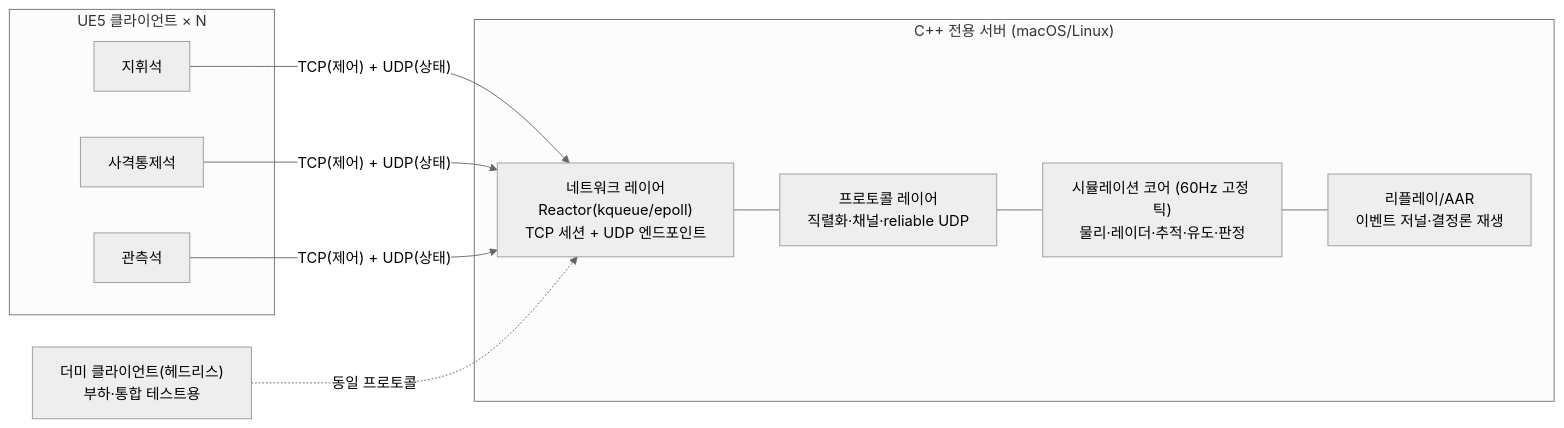
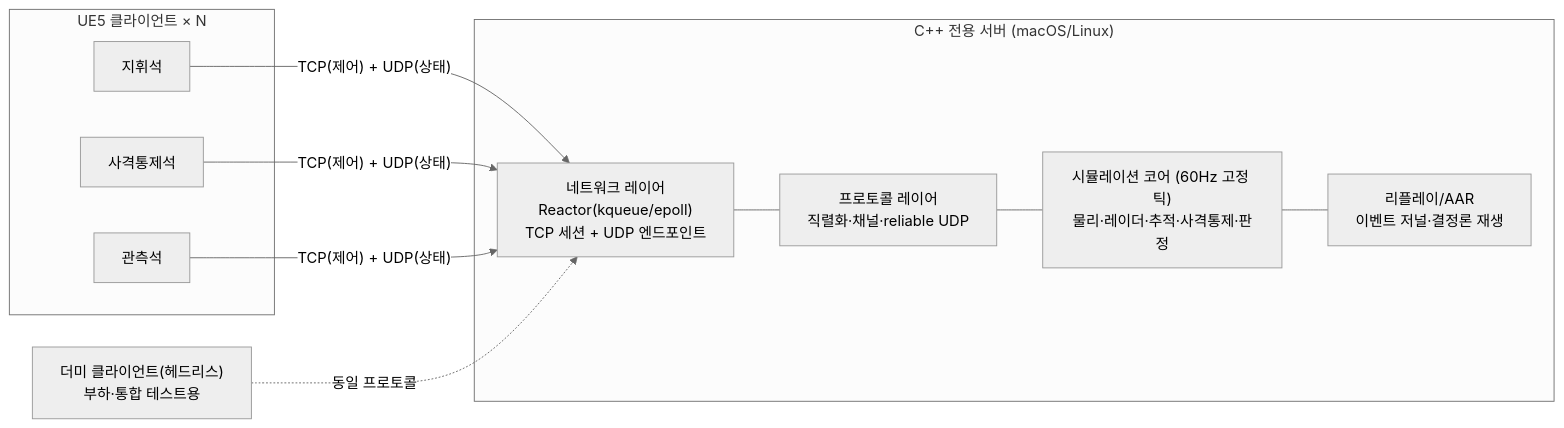
One commit to Nhahan/seashield changed the second of 2 diagrams in docs/01-기획서.md. Above: the diagram before and after it, drawn with Mermaid (neutral theme). The commit also changed other lines of this file and 2 other files, not shown here.

````diff
--- a/docs/01-기획서.md
+++ b/docs/01-기획서.md
@@ -152,17 +167,17 @@
 ```mermaid
 graph LR
     subgraph Server["C++ 전용 서버 (macOS/Linux)"]
         NET["네트워크 레이어<br/>Reactor(kqueue/epoll)<br/>TCP 세션 + UDP 엔드포인트"]
         PROTO["프로토콜 레이어<br/>직렬화·채널·reliable UDP"]
-        SIM["시뮬레이션 코어 (60Hz 고정 틱)<br/>물리·레이더·추적·유도·판정"]
+        SIM["시뮬레이션 코어 (60Hz 고정 틱)<br/>물리·레이더·추적·사격통제·판정"]
         REP["리플레이/AAR<br/>이벤트 저널·결정론 재생"]
         NET --- PROTO --- SIM --- REP
     end
     subgraph Clients["UE5 클라이언트 × N"]
         C1["지휘석"]
         C2["사격통제석"]
         C3["관측석"]
     end
     C1 & C2 & C3 -- "TCP(제어) + UDP(상태)" --> NET
     DUMMY["더미 클라이언트(헤드리스)<br/>부하·통합 테스트용"] -. "동일 프로토콜" .-> NET
 ```
````
